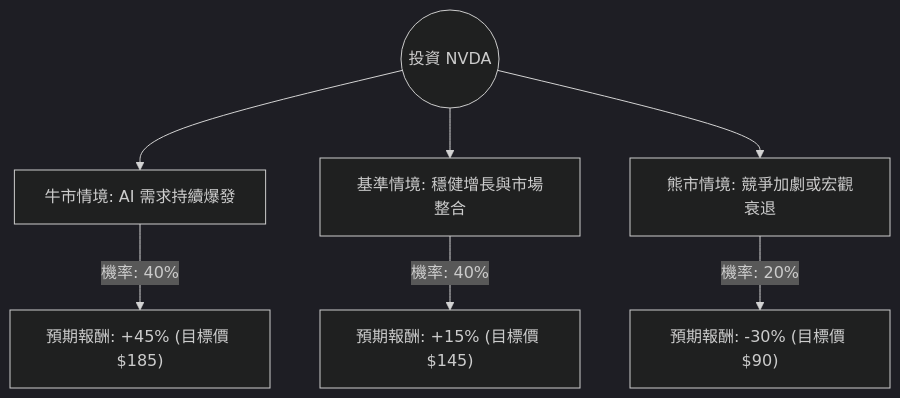
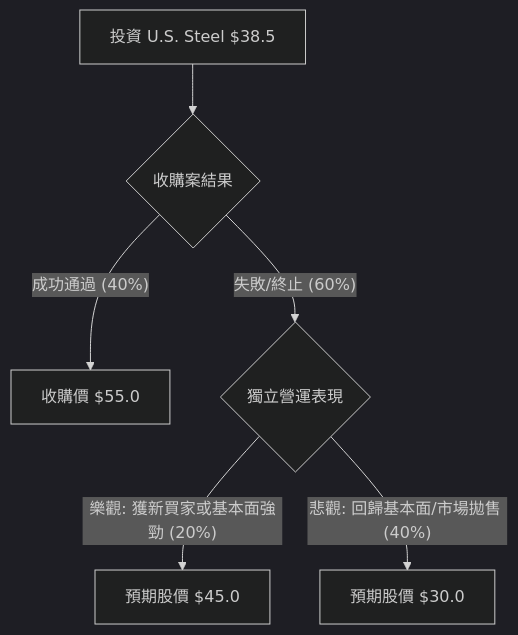
Before and after one commit to zmcx16/zmcx16.github.io: the diagram in plugin-react/ai-analysis/ev-analysis/X.md, drawn with Mermaid (dark theme). The commit also changed other lines of this file and 81 other files, not shown here.

````diff
--- a/plugin-react/ai-analysis/ev-analysis/X.md
+++ b/plugin-react/ai-analysis/ev-analysis/X.md
@@ -23,10 +22,10 @@
 ```mermaid
 graph TD
-    Start((投資 NVDA)) --> Bull[牛市情境: AI 需求持續爆發]
-    Start --> Base[基準情境: 穩健增長與市場整合]
-    Start --> Bear[熊市情境: 競爭加劇或宏觀衰退]
-
-    Bull -- "機率: 40%" --> BullVal["預期報酬: +45% (目標價 $185)"]
-    Base -- "機率: 40%" --> BaseVal["預期報酬: +15% (目標價 $145)"]
-    Bear -- "機率: 20%" --> BearVal["預期報酬: -30% (目標價 $90)"]
+    A[投資 U.S. Steel $38.5] --> B{收購案結果}
+    
+    B -- 成功通過 (40%) --> C[收購價 $55.0]
+    B -- 失敗/終止 (60%) --> D{獨立營運表現}
+    
+    D -- 樂觀: 獲新買家或基本面強勁 (20%) --> E[預期股價 $45.0]
+    D -- 悲觀: 回歸基本面/市場拋售 (40%) --> F[預期股價 $30.0]
 ```
````
